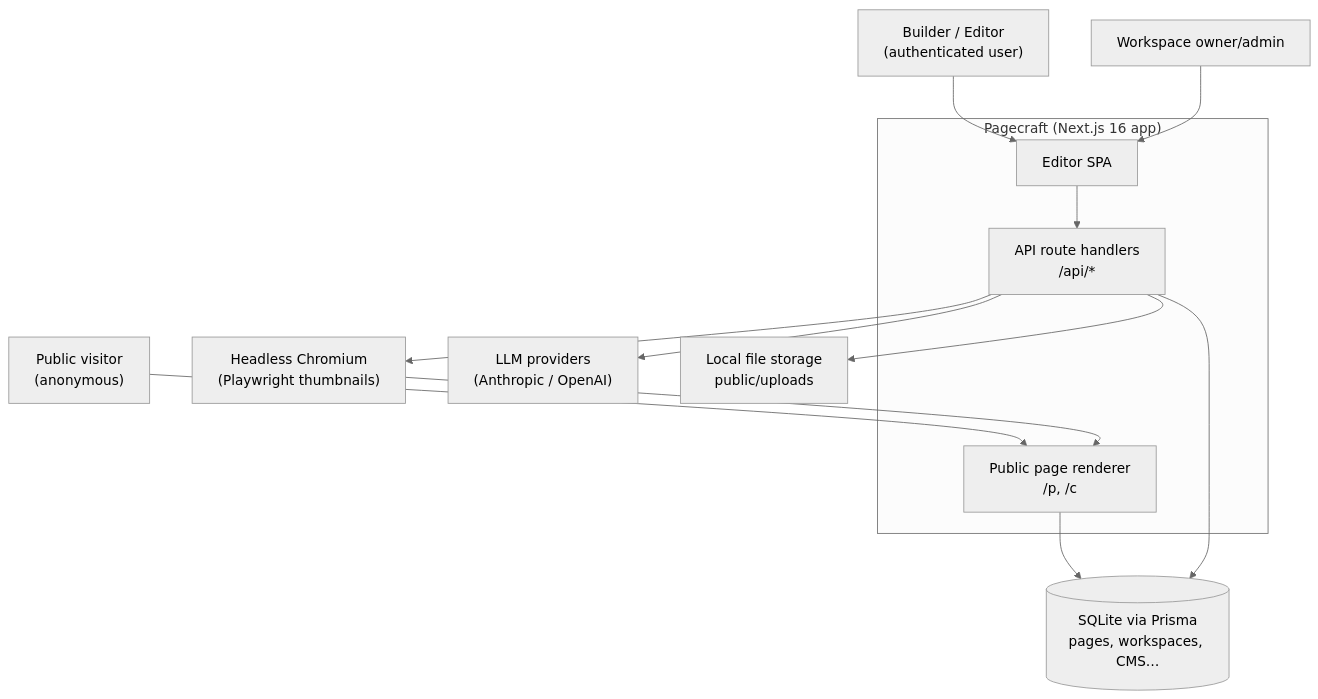
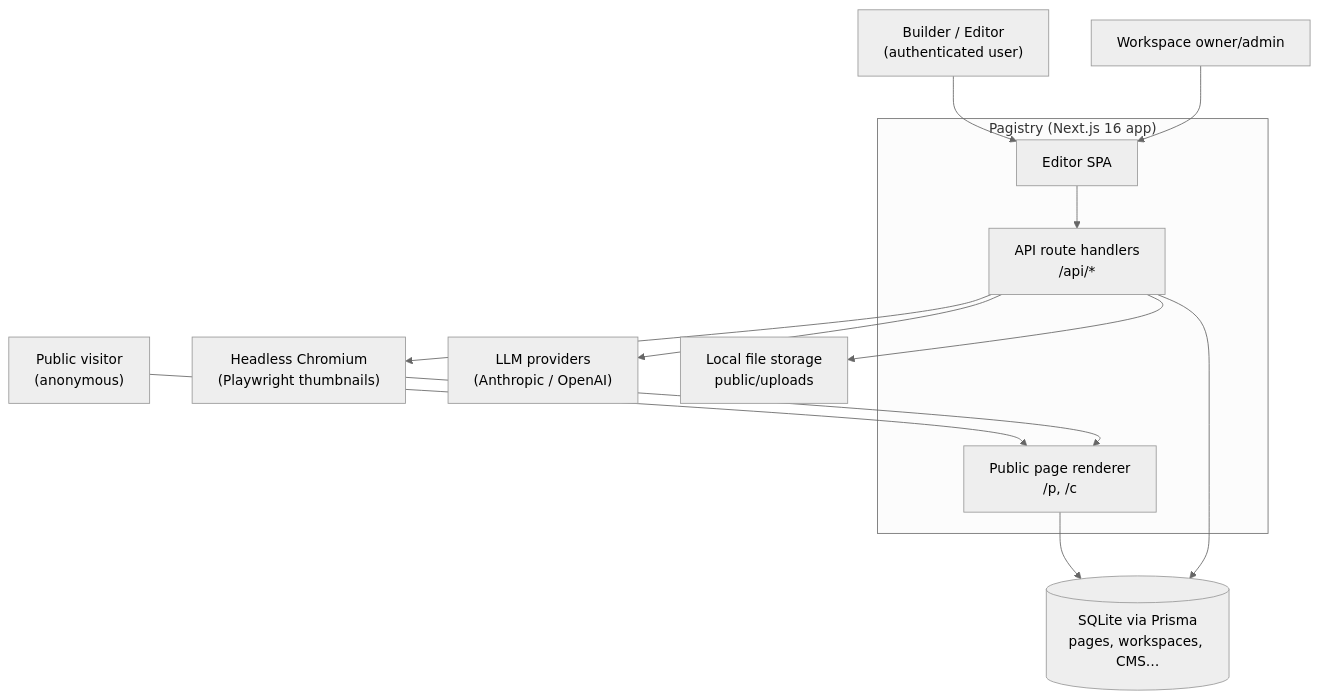
Before and after one commit to alexandyrzph/Pagistry: the first of 8 diagrams in docs/architecture.md, drawn with Mermaid (neutral theme). The commit also changed other lines of this file and 49 other files, not shown here.

Commit message:
rebrand: Pagecraft -> Pagistry (pagistry.com) across app, config, and docs; cover OAuth network helpers

````diff
--- a/docs/architecture.md
+++ b/docs/architecture.md
@@ -15,29 +15,29 @@
 ```mermaid
 graph TB
     builder["Builder / Editor<br/>(authenticated user)"]
     visitor["Public visitor<br/>(anonymous)"]
     admin["Workspace owner/admin"]
 
-    subgraph pagecraft["Pagecraft (Next.js 16 app)"]
+    subgraph pagistry["Pagistry (Next.js 16 app)"]
         editor["Editor SPA"]
         public["Public page renderer<br/>/p, /c"]
         api["API route handlers<br/>/api/*"]
     end
 
     db[("SQLite via Prisma<br/>pages, workspaces, CMS…")]
     ai["LLM providers<br/>(Anthropic / OpenAI)"]
     files["Local file storage<br/>public/uploads"]
     shot["Headless Chromium<br/>(Playwright thumbnails)"]
 
     builder --> editor
     admin --> editor
     visitor --> public
 
     editor --> api
     public --> db
     api --> db
     api --> ai
     api --> files
     api --> shot
     shot --> public
 ```
````
